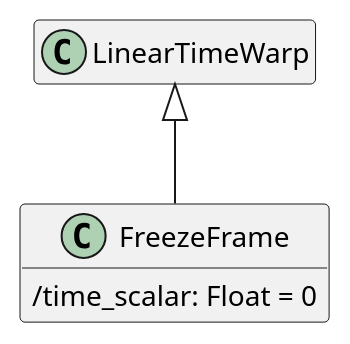
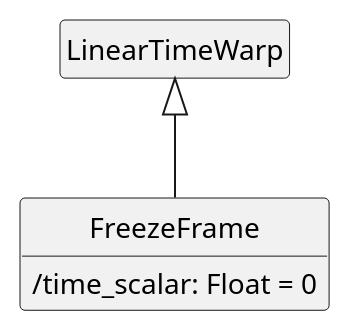
Diagram 15 of 34 in src/main/md/otio-core.md (sandflow/otio-core-specification), drawn with PlantUML before and after one commit. The commit also changed other lines of this file, not shown here.

Commit message:
Improve class diagrams and document conventions (#13)

````diff
--- a/src/main/md/otio-core.md
+++ b/src/main/md/otio-core.md
@@ -761,16 +828,15 @@
 ```puml
 @startuml
 hide empty members
+hide circle
 skinparam classAttributeIconSize 0
 skinparam linetype ortho
-
-class LinearTimeWarp
 
 LinearTimeWarp <|-- FreezeFrame
 
 class FreezeFrame {
   /time_scalar: Float = 0
 }
 
 @enduml
 ```
````
